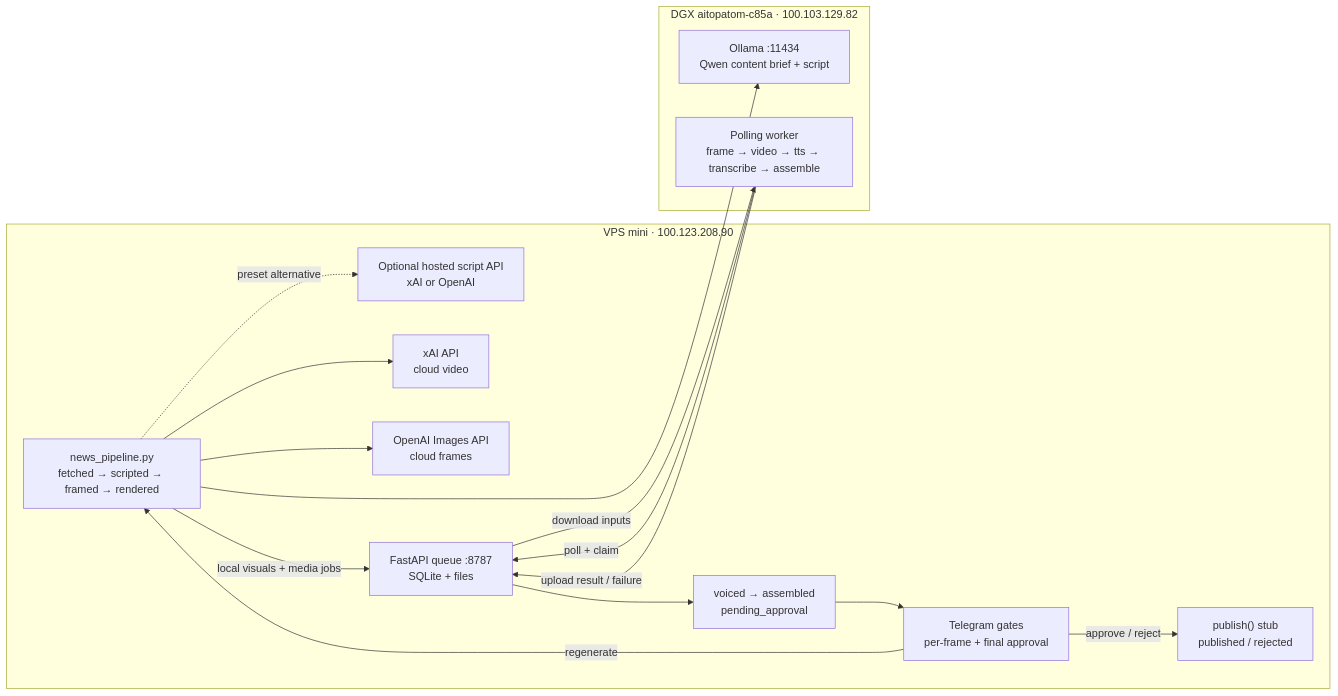
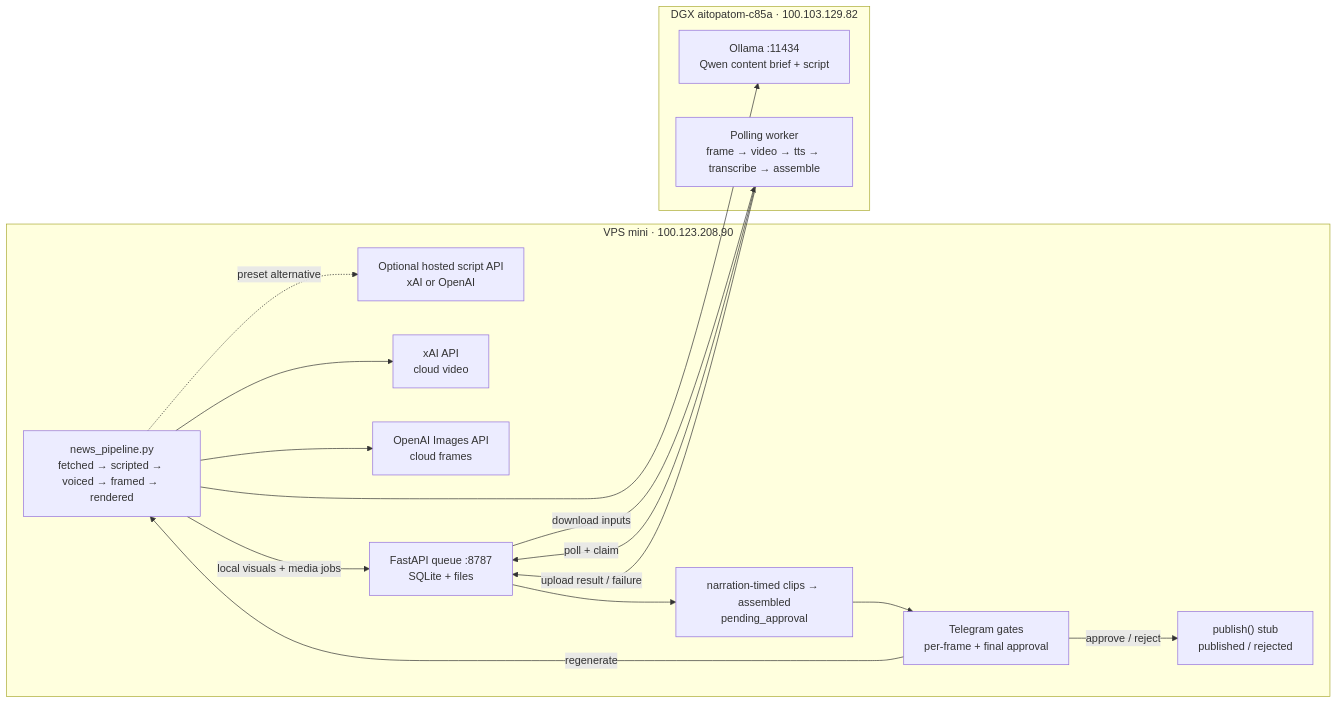
The diagram in docs/ARCHITECTURE.md (Tacdelgineer/framegate), drawn with Mermaid before and after one commit. The commit also changed other lines of this file and 8 other files, not shown here.

````diff
--- a/docs/ARCHITECTURE.md
+++ b/docs/ARCHITECTURE.md
@@ -37,31 +37,31 @@
 ```mermaid
 flowchart LR
     subgraph VPS["VPS mini · 100.123.208.90"]
-        P["news_pipeline.py<br/>fetched → scripted → framed → rendered"]
+        P["news_pipeline.py<br/>fetched → scripted → voiced → framed → rendered"]
         X["Optional hosted script API<br/>xAI or OpenAI"]
         V["xAI API<br/>cloud video"]
         O["OpenAI Images API<br/>cloud frames"]
         Q["FastAPI queue :8787<br/>SQLite + files"]
-        A["voiced → assembled<br/>pending_approval"]
+        A["narration-timed clips → assembled<br/>pending_approval"]
         T["Telegram gates<br/>per-frame + final approval"]
         U["publish() stub<br/>published / rejected"]
     end
 
     subgraph DGX["DGX aitopatom-c85a · 100.103.129.82"]
         L["Ollama :11434<br/>Qwen content brief + script"]
         W["Polling worker<br/>frame → video → tts → transcribe → assemble"]
     end
 
     P --> L
     P -. preset alternative .-> X
     P --> V
     P --> O
     P -->|local visuals + media jobs| Q
     W -->|poll + claim| Q
     Q -->|download inputs| W
     W -->|upload result / failure| Q
     Q --> A
     A --> T
     T -->|approve / reject| U
     T -->|regenerate| P
 ```
````
